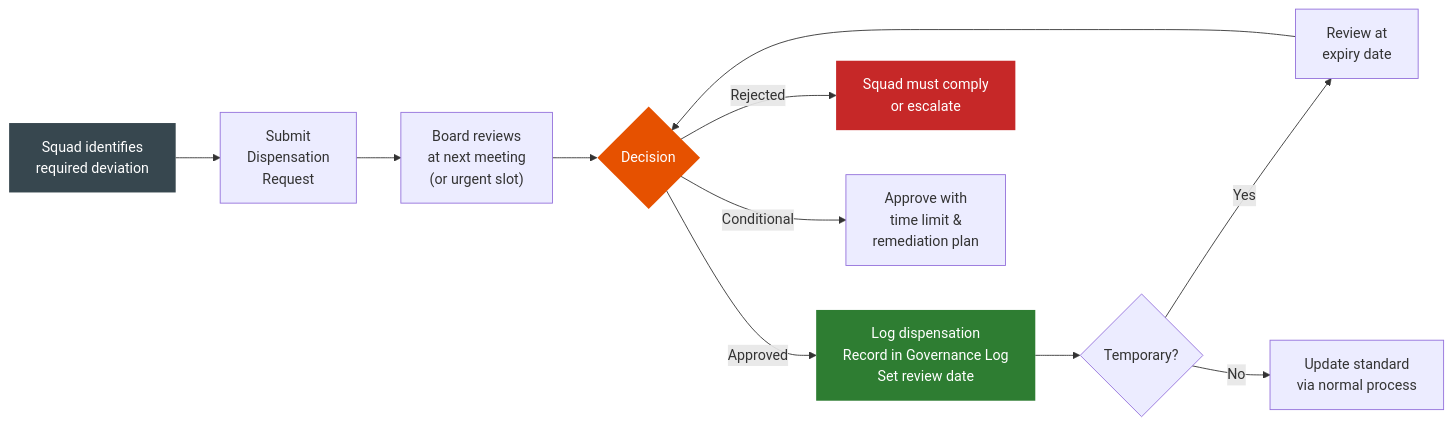
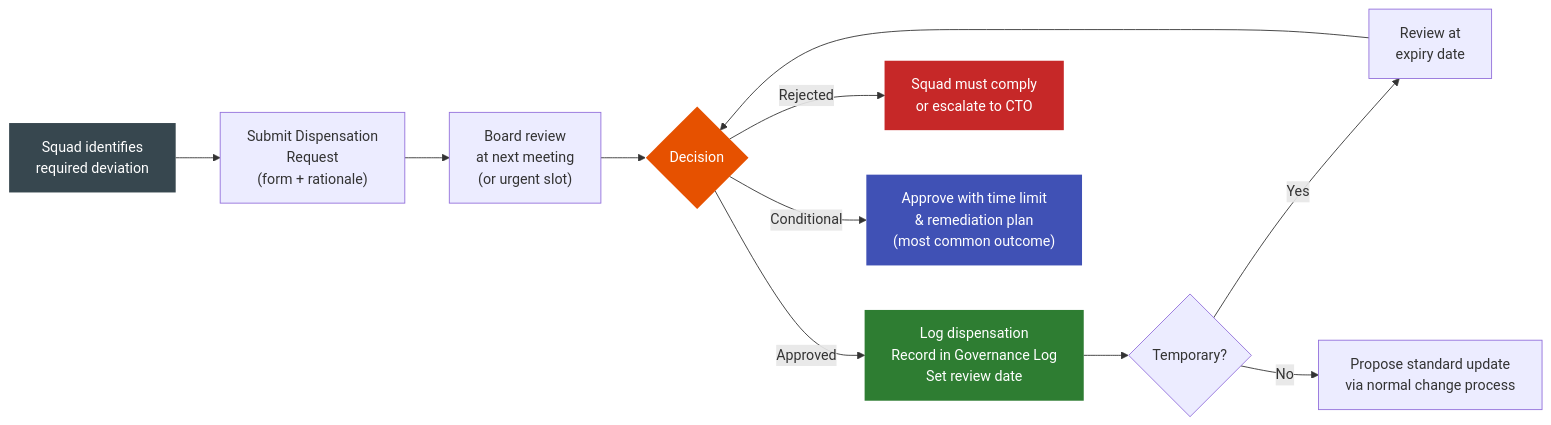
One commit to Yuvarajsfcloud/Knowledge-Library changed the third of 3 diagrams in docs/knowledge/reference/governance-framework.md. Above: the diagram before and after it, drawn with Mermaid. The commit also changed other lines of this file and 1 other file, not shown here.

````diff
--- a/docs/knowledge/reference/governance-framework.md
+++ b/docs/knowledge/reference/governance-framework.md
@@ -111,19 +198,20 @@
 ``` mermaid
 flowchart LR
-    A["Squad identifies\nrequired deviation"] --> B["Submit\nDispensation\nRequest"]
-    B --> C["Board reviews\nat next meeting\n(or urgent slot)"]
+    A["Squad identifies\nrequired deviation"] --> B["Submit Dispensation\nRequest\n(form + rationale)"]
+    B --> C["Board review\nat next meeting\n(or urgent slot)"]
     C --> D{Decision}
     D -- Approved --> E["Log dispensation\nRecord in Governance Log\nSet review date"]
-    D -- Rejected --> F["Squad must comply\nor escalate"]
-    D -- Conditional --> G["Approve with\ntime limit &\nremediation plan"]
+    D -- Rejected --> F["Squad must comply\nor escalate to CTO"]
+    D -- Conditional --> G["Approve with time limit\n& remediation plan\n(most common outcome)"]
 
     E --> H{Temporary?}
     H -- Yes --> I["Review at\nexpiry date"]
     I --> D
-    H -- No --> J["Update standard\nvia normal process"]
+    H -- No --> J["Propose standard update\nvia normal change process"]
 
     style A fill:#37474f,color:#fff,stroke:none
     style E fill:#2e7d32,color:#fff,stroke:none
     style F fill:#c62828,color:#fff,stroke:none
     style D fill:#e65100,color:#fff,stroke:none
+    style G fill:#4051b5,color:#fff,stroke:none
 ```
````
